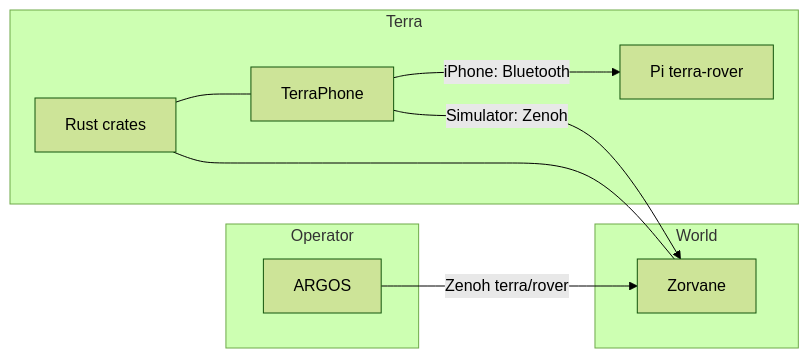
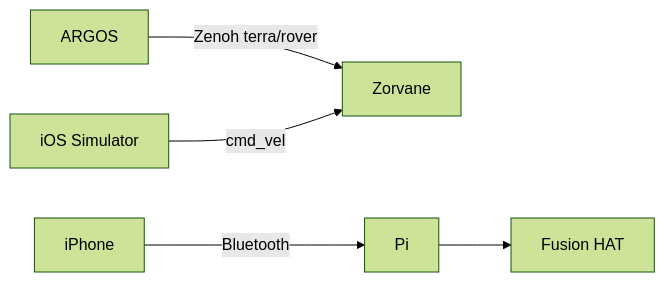
The diagram in docs/index.md (Super-Yojan/Terra), drawn with Mermaid (forest theme) before and after one commit. The commit also changed other lines of this file and 55 other files, not shown here.

First line of the commit message:
Make the Terra docs scannable with diagrams and short pages. (#30)

````diff
--- a/docs/index.md
+++ b/docs/index.md
@@ -14,19 +13,7 @@
 ```mermaid
 flowchart LR
-  subgraph operator [Operator]
-    ARGOS[ARGOS]
-  end
-  subgraph vehicle [Terra]
-    Phone[TerraPhone]
-    Crates[Rust crates]
-    Pi[Pi terra-rover]
-  end
-  subgraph world [World]
-    Zorvane[Zorvane]
-  end
-  ARGOS -->|Zenoh terra/rover| Zorvane
-  Phone -->|Simulator: Zenoh| Zorvane
-  Phone -->|iPhone: Bluetooth| Pi
-  Crates --- Phone
-  Crates --- Zorvane
+  ARGOS[ARGOS] -->|Zenoh terra/rover| Z[Zorvane]
+  Sim[iOS Simulator] -->|cmd_vel| Z
+  Phone[iPhone] -->|Bluetooth| Pi[Pi]
+  Pi --> Hat[Fusion HAT]
 ```
````
